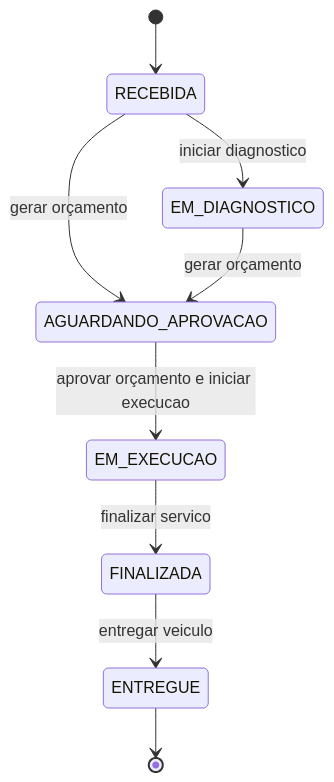
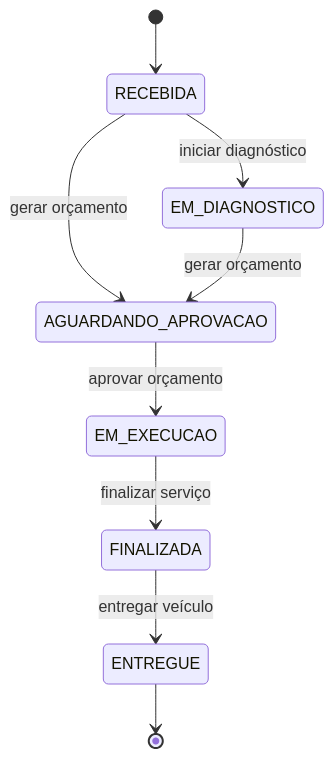
One commit to yxsbx/SOAT-FIAP changed the third of 3 diagrams in docs/ddd/README.md. Above: the diagram before and after it, drawn with Mermaid. The commit also changed other lines of this file and 45 other files, not shown here.

````diff
--- a/docs/ddd/README.md
+++ b/docs/ddd/README.md
@@ -390,11 +208,11 @@
 ```mermaid
 stateDiagram-v2
     [*] --> RECEBIDA
-    RECEBIDA --> EM_DIAGNOSTICO: iniciar diagnostico
+    RECEBIDA --> EM_DIAGNOSTICO: iniciar diagnóstico
     RECEBIDA --> AGUARDANDO_APROVACAO: gerar orçamento
     EM_DIAGNOSTICO --> AGUARDANDO_APROVACAO: gerar orçamento
-    AGUARDANDO_APROVACAO --> EM_EXECUCAO: aprovar orçamento e iniciar execucao
-    EM_EXECUCAO --> FINALIZADA: finalizar servico
-    FINALIZADA --> ENTREGUE: entregar veiculo
+    AGUARDANDO_APROVACAO --> EM_EXECUCAO: aprovar orçamento
+    EM_EXECUCAO --> FINALIZADA: finalizar serviço
+    FINALIZADA --> ENTREGUE: entregar veículo
     ENTREGUE --> [*]
 ```
````
